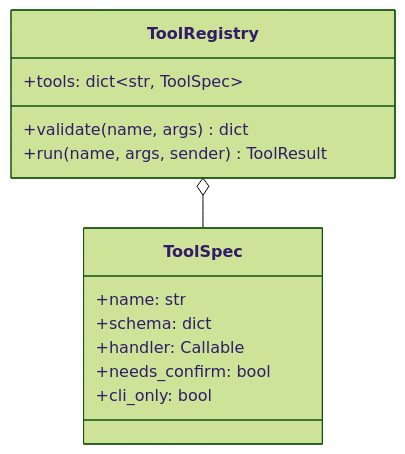
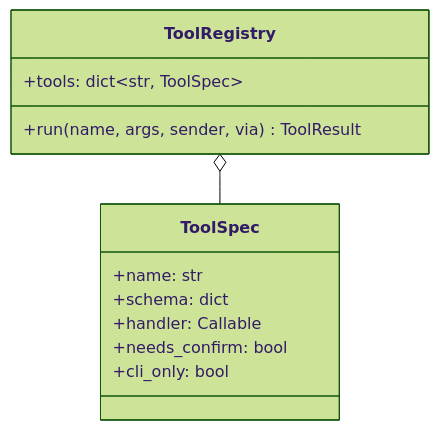
One commit to HoyoungParkme/quant-rebalance-bot changed diagram 17 of 17 in docs/specs/06-DOM/QBOT-DOM-002.md. Above: the diagram before and after it, drawn with Mermaid (forest theme). The commit also changed other lines of this file, not shown here.

````diff
--- a/docs/specs/06-DOM/QBOT-DOM-002.md
+++ b/docs/specs/06-DOM/QBOT-DOM-002.md
@@ -369,16 +401,15 @@
 ```mermaid
 classDiagram
   class ToolRegistry {
     +tools: dict~str, ToolSpec~
-    +validate(name, args) dict
-    +run(name, args, sender) ToolResult
+    +run(name, args, sender, via) ToolResult
   }
   class ToolSpec {
     +name: str
     +schema: dict
     +handler: Callable
     +needs_confirm: bool
     +cli_only: bool
   }
   ToolRegistry o-- ToolSpec
 ```
````
